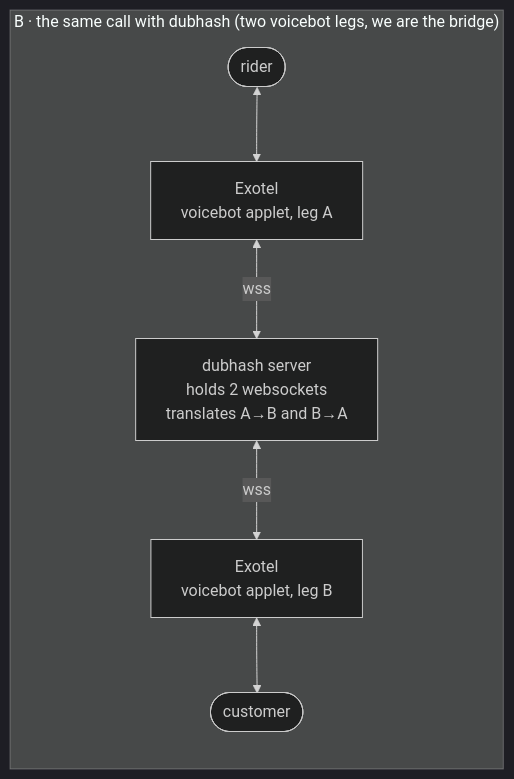
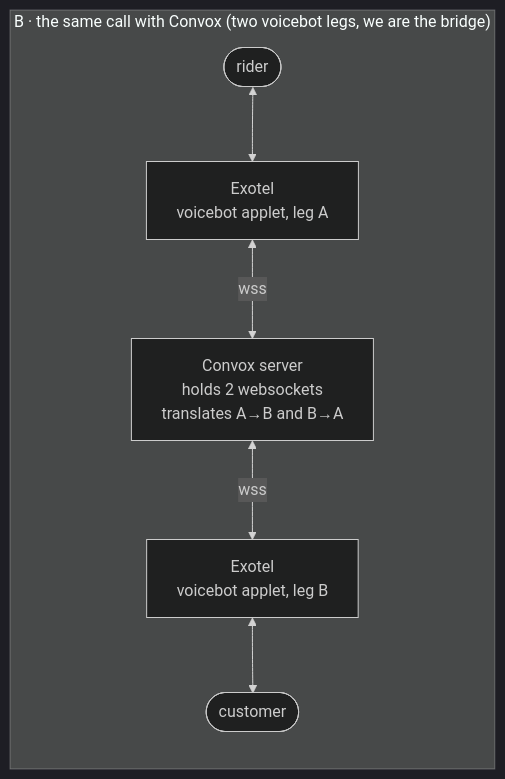
The second of 5 diagrams in docs/architecture/telephony-integration.md (rohansx/convox), drawn with Mermaid (dark theme) before and after one commit. The commit also changed other lines of this file and 401 other files, not shown here.

First line of the commit message:
Rename to Convox; rebuild the landing page with the call's real audio

````diff
--- a/docs/architecture/telephony-integration.md
+++ b/docs/architecture/telephony-integration.md
@@ -39,9 +39,9 @@
 ```mermaid
 flowchart LR
-  subgraph AFTER["B · the same call with dubhash (two voicebot legs, we are the bridge)"]
+  subgraph AFTER["B · the same call with Convox (two voicebot legs, we are the bridge)"]
     R2([rider]) <--> EXA["Exotel<br/>voicebot applet, leg A"]
-    EXA <-- wss --> DS["dubhash server<br/>holds 2 websockets<br/>translates A→B and B→A"]
+    EXA <-- wss --> DS["Convox server<br/>holds 2 websockets<br/>translates A→B and B→A"]
     DS <-- wss --> EXB["Exotel<br/>voicebot applet, leg B"]
     EXB <--> C2([customer])
   end
 ```
````
